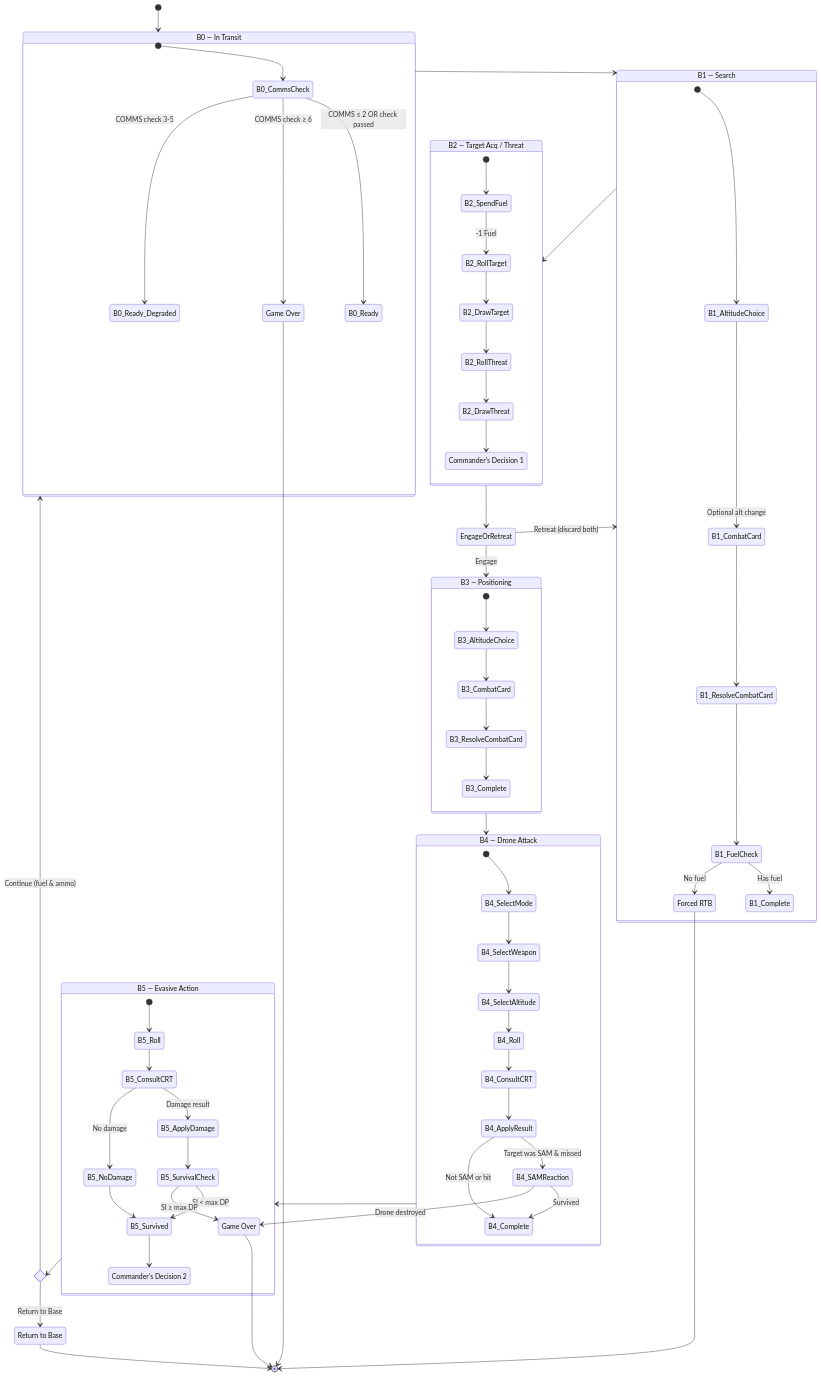
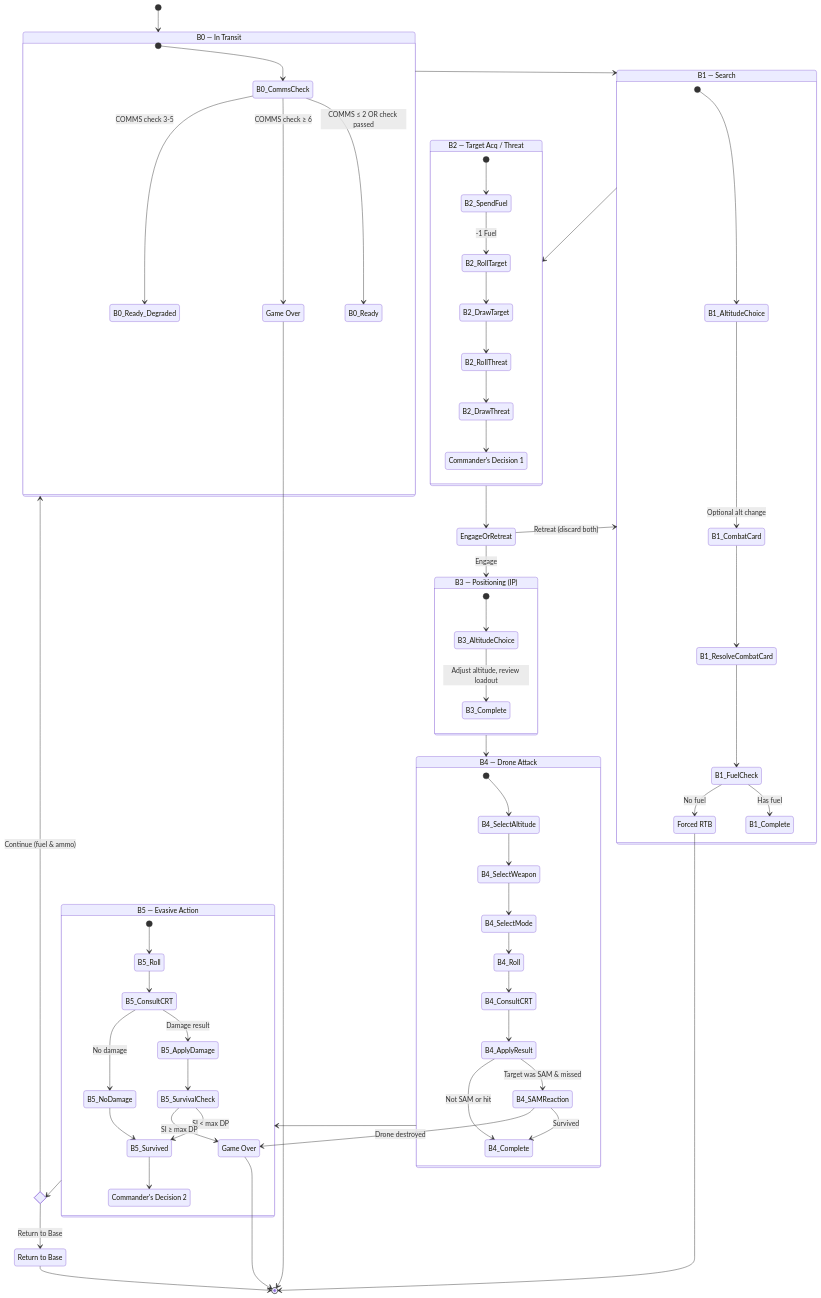
One commit to oaltinyay70-cell/OB3 changed the third of 3 diagrams in docs/specs/ux-architecture.md. Above: the diagram before and after it, drawn with Mermaid. The commit also changed other lines of this file and 249 other files, not shown here.

```diff
--- a/docs/specs/ux-architecture.md
+++ b/docs/specs/ux-architecture.md
@@ -139,20 +139,18 @@
     EngageOrRetreat --> B1_Search : Retreat (discard both)
     EngageOrRetreat --> B3_Positioning : Engage
     
-    state "B3 — Positioning" as B3_Positioning {
+    state "B3 — Positioning (IP)" as B3_Positioning {
         [*] --> B3_AltitudeChoice
-        B3_AltitudeChoice --> B3_CombatCard
-        B3_CombatCard --> B3_ResolveCombatCard
-        B3_ResolveCombatCard --> B3_Complete
+        B3_AltitudeChoice --> B3_Complete : Adjust altitude, review loadout
     }
     
     B3_Positioning --> B4_Attack
     
     state "B4 — Drone Attack" as B4_Attack {
-        [*] --> B4_SelectMode
-        B4_SelectMode --> B4_SelectWeapon
-        B4_SelectWeapon --> B4_SelectAltitude
-        B4_SelectAltitude --> B4_Roll
+        [*] --> B4_SelectAltitude
+        B4_SelectAltitude --> B4_SelectWeapon
+        B4_SelectWeapon --> B4_SelectMode
+        B4_SelectMode --> B4_Roll
         B4_Roll --> B4_ConsultCRT
         B4_ConsultCRT --> B4_ApplyResult
         B4_ApplyResult --> B4_SAMReaction : Target was SAM & missed
```
